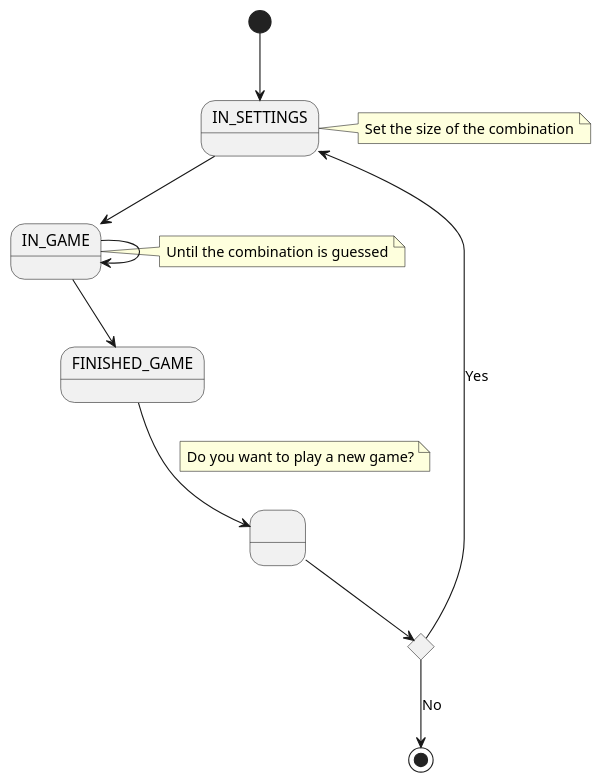
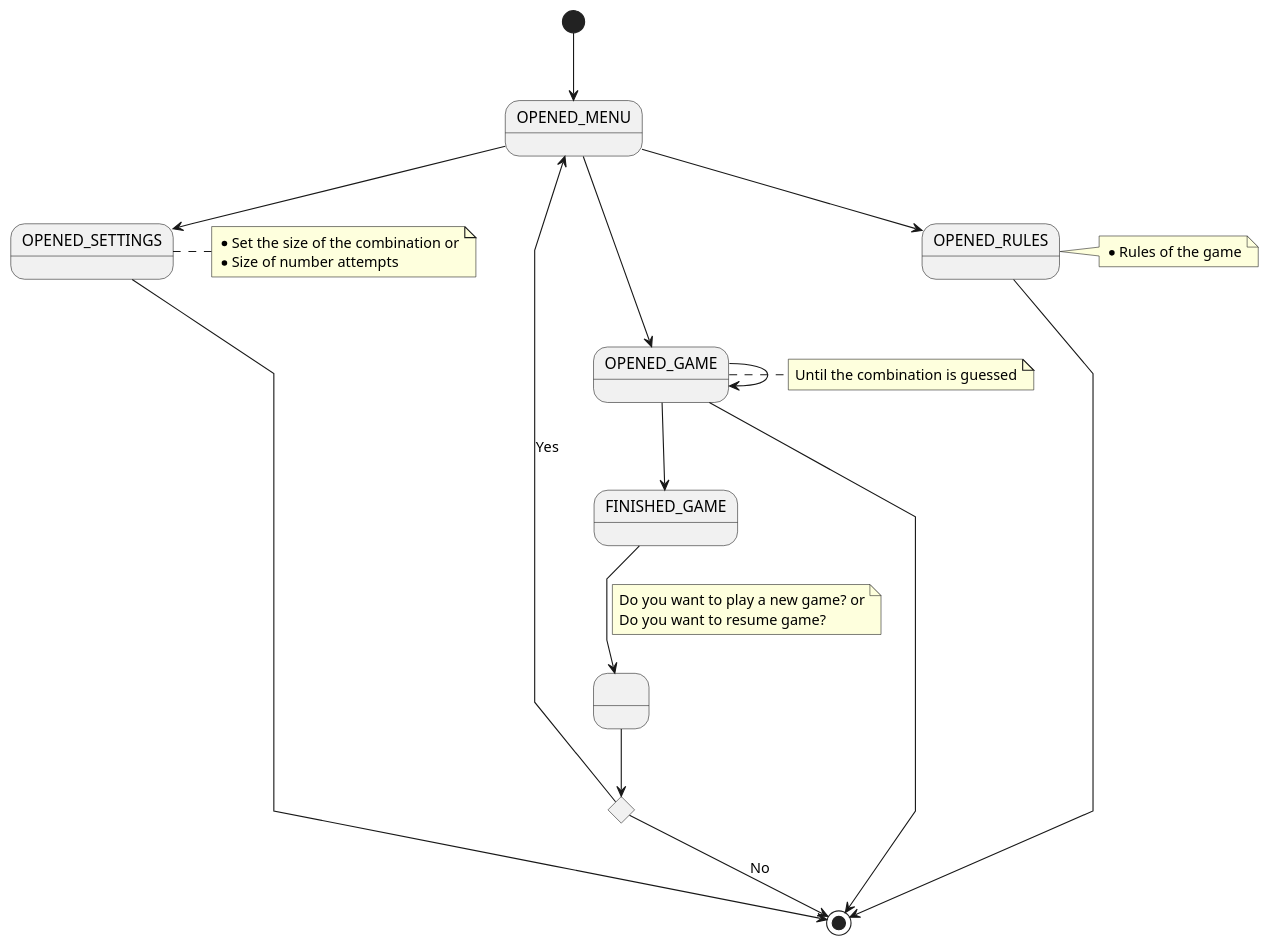
Before and after one commit to vfred0/mastermind: the diagram in docs/1-requeriments/1-actors-use-cases/use-cases-context.puml, drawn with PlantUML. The commit also changed 11 other files, not shown here.

```diff
--- a/docs/1-requeriments/1-actors-use-cases/use-cases-context.puml
+++ b/docs/1-requeriments/1-actors-use-cases/use-cases-context.puml
@@ -1,20 +1,30 @@
 @startuml
+skinparam linetype polyline
 state isResume <<choice>>
 state question as " "
 
-[*] --> IN_SETTINGS
-note right of IN_SETTINGS : Set the size of the combination
+[*] --> OPENED_MENU
 
-IN_GAME --> IN_GAME
-note right of IN_GAME : Until the combination is guessed
+OPENED_MENU --> OPENED_SETTINGS
+note right of OPENED_SETTINGS : *Set the size of the combination or \n*Size of number attempts
 
-IN_SETTINGS --> IN_GAME
-IN_GAME --> FINISHED_GAME
+OPENED_MENU ---> OPENED_GAME
+
+OPENED_MENU --> OPENED_RULES
+note right of OPENED_RULES : *Rules of the game
+
+OPENED_GAME --> OPENED_GAME
+note right of OPENED_GAME : Until the combination is guessed
+
+OPENED_GAME --> FINISHED_GAME
 
 FINISHED_GAME --> question
-note on link : Do you want to play a new game?
+note on link : Do you want to play a new game? or\nDo you want to resume game?
 
 question --> isResume
-isResume --> IN_SETTINGS : Yes
+isResume --> OPENED_MENU : Yes
 isResume --> [*] : No
+OPENED_GAME --> [*]
+OPENED_SETTINGS --> [*]
+OPENED_RULES --> [*]
 @enduml
```
